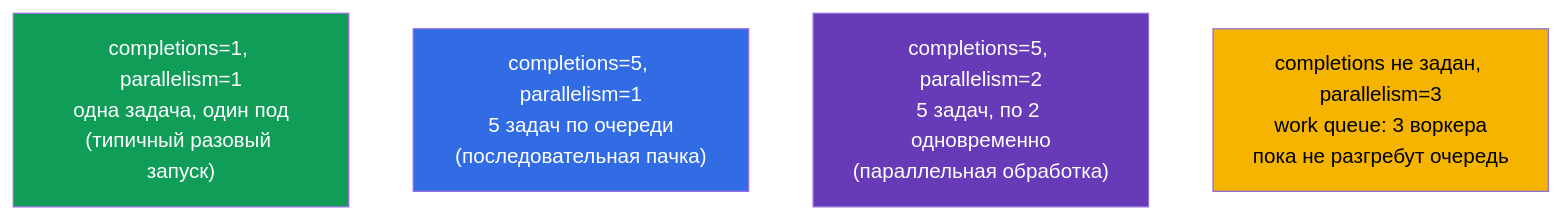
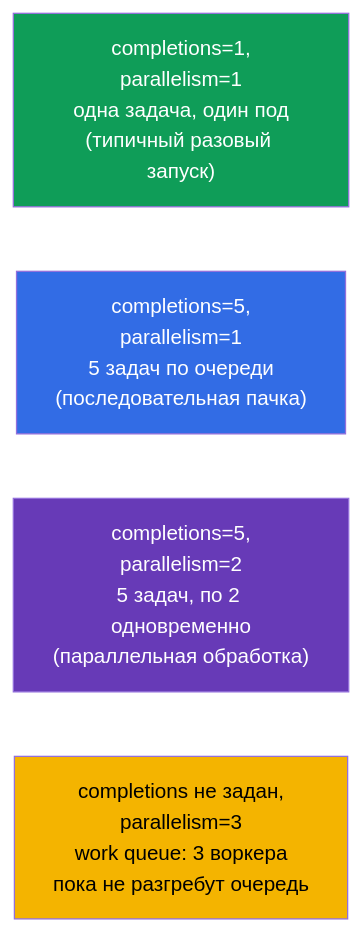
Before and after one commit to ViktorUJ/cks: the third of 5 diagrams in tasks/cka/course/10/ru.md, drawn with Mermaid. The commit also changed other lines of this file and 3 other files, not shown here.

````diff
--- a/tasks/cka/course/10/ru.md
+++ b/tasks/cka/course/10/ru.md
@@ -98,11 +98,12 @@
 ```mermaid
 flowchart TB
-    m1["completions=1, parallelism=1<br>одна задача, один под<br>(типичный разовый запуск)"]
-    m2["completions=5, parallelism=1<br>5 задач по очереди<br>(последовательная пачка)"]
-    m3["completions=5, parallelism=2<br>5 задач, по 2 одновременно<br>(параллельная обработка)"]
-    m4["completions не задан, parallelism=3<br>work queue: 3 воркера<br>пока не разгребут очередь"]
+    m1["completions=1,<br>parallelism=1<br>одна задача, один под<br>(типичный разовый запуск)"]
+    m2["completions=5,<br>parallelism=1<br>5 задач по очереди<br>(последовательная пачка)"]
+    m3["completions=5,<br>parallelism=2<br>5 задач, по 2 одновременно<br>(параллельная обработка)"]
+    m4["completions не задан,<br>parallelism=3<br>work queue: 3 воркера<br>пока не разгребут очередь"]
+    m1 ~~~ m2 ~~~ m3 ~~~ m4
     style m1 fill:#0f9d58,color:#fff
     style m2 fill:#326ce5,color:#fff
     style m3 fill:#673ab7,color:#fff
     style m4 fill:#f4b400,color:#000
 ```
````
